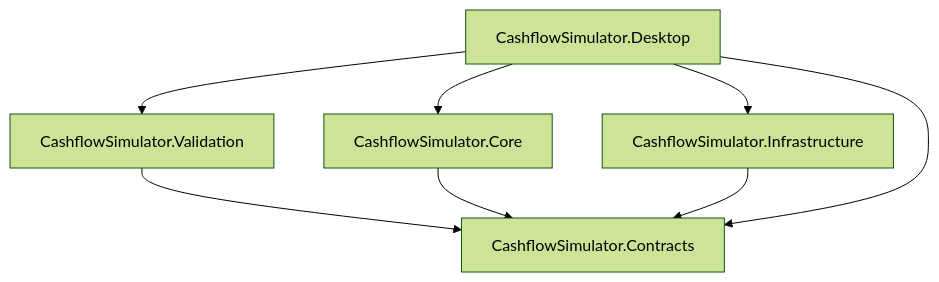
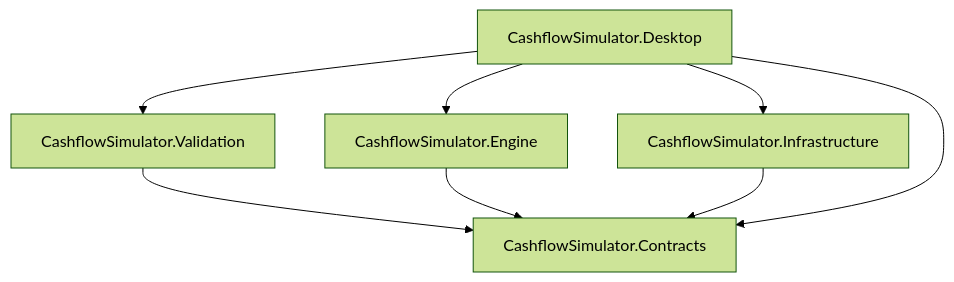
The diagram in .cursor/rules/main.md (RalfHuesing/CashflowSimulator), drawn with Mermaid (forest theme) before and after one commit. The commit also changed other lines of this file and 6 other files, not shown here.

````diff
--- a/.cursor/rules/main.md
+++ b/.cursor/rules/main.md
@@ -25,15 +25,15 @@
 ```mermaid
 flowchart TB
     Contracts[CashflowSimulator.Contracts]
     Validation[CashflowSimulator.Validation]
-    Core[CashflowSimulator.Core]
+    Engine[CashflowSimulator.Engine]
     Infra[CashflowSimulator.Infrastructure]
     Desktop[CashflowSimulator.Desktop]
     Validation --> Contracts
-    Core --> Contracts
+    Engine --> Contracts
     Infra --> Contracts
     Desktop --> Validation
-    Desktop --> Core
+    Desktop --> Engine
     Desktop --> Infra
     Desktop --> Contracts
 ```
````
